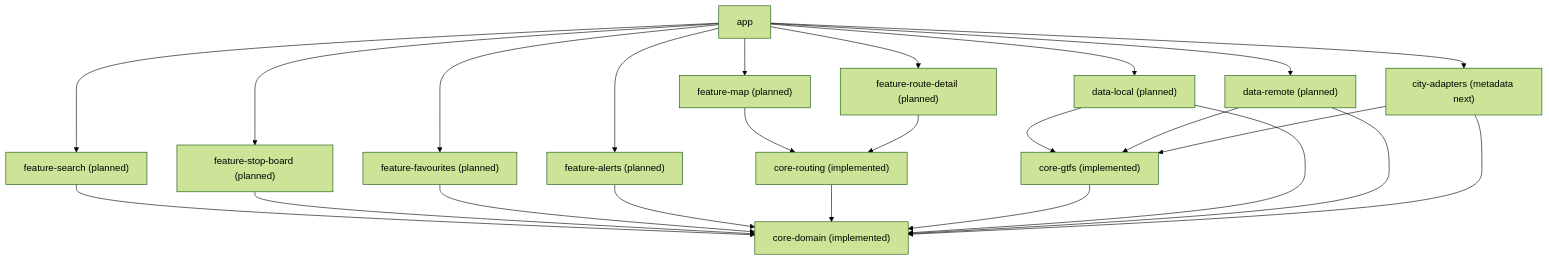
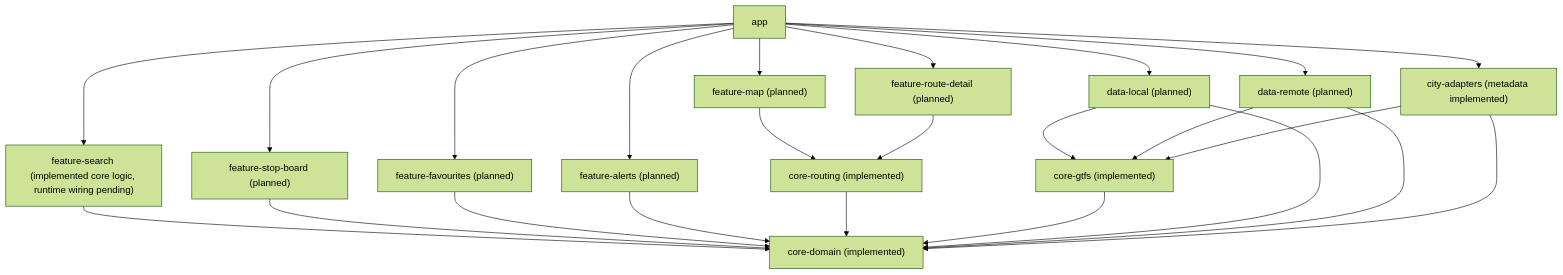
Before and after one commit to Fuuduuu/ANDROBUSS: the second of 10 diagrams in docs/MERMAID_DIAGRAMS.md, drawn with Mermaid (forest theme). The commit also changed other lines of this file and 8 other files, not shown here.

Commit message:
docs: sync enrichment architecture diagrams

````diff
--- a/docs/MERMAID_DIAGRAMS.md
+++ b/docs/MERMAID_DIAGRAMS.md
@@ -31,31 +33,31 @@
 ```mermaid
 graph TD
     app --> feature_map["feature-map (planned)"]
-    app --> feature_search["feature-search (planned)"]
+    app --> feature_search["feature-search (implemented core logic, runtime wiring pending)"]
     app --> feature_stop_board["feature-stop-board (planned)"]
     app --> feature_route_detail["feature-route-detail (planned)"]
     app --> feature_favourites["feature-favourites (planned)"]
     app --> feature_alerts["feature-alerts (planned)"]
     app --> data_local["data-local (planned)"]
     app --> data_remote["data-remote (planned)"]
-    app --> city_adapters["city-adapters (metadata next)"]
+    app --> city_adapters["city-adapters (metadata implemented)"]
 
     feature_map --> core_routing["core-routing (implemented)"]
     feature_route_detail --> core_routing
 
     feature_search --> core_domain["core-domain (implemented)"]
     feature_stop_board --> core_domain
     feature_favourites --> core_domain
     feature_alerts --> core_domain
 
     core_routing --> core_domain
     core_gtfs["core-gtfs (implemented)"] --> core_domain
 
     data_local --> core_domain
     data_local --> core_gtfs
     data_remote --> core_domain
     data_remote --> core_gtfs
 
     city_adapters --> core_domain
     city_adapters --> core_gtfs
 ```
````
